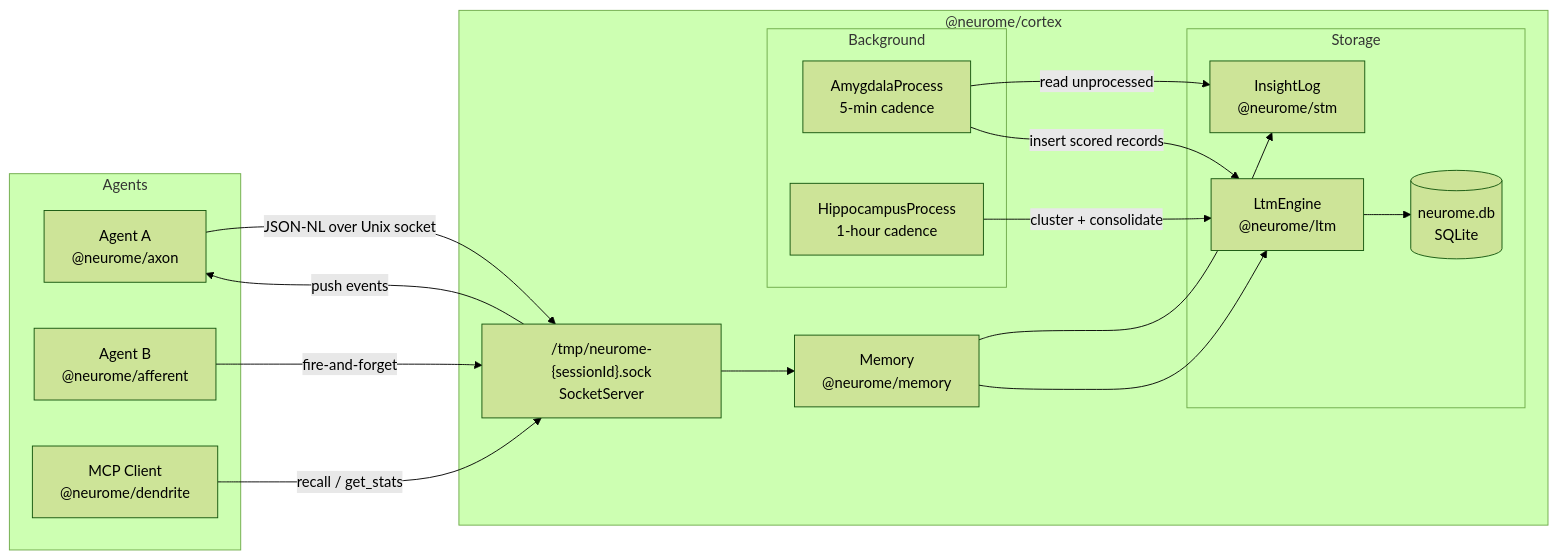
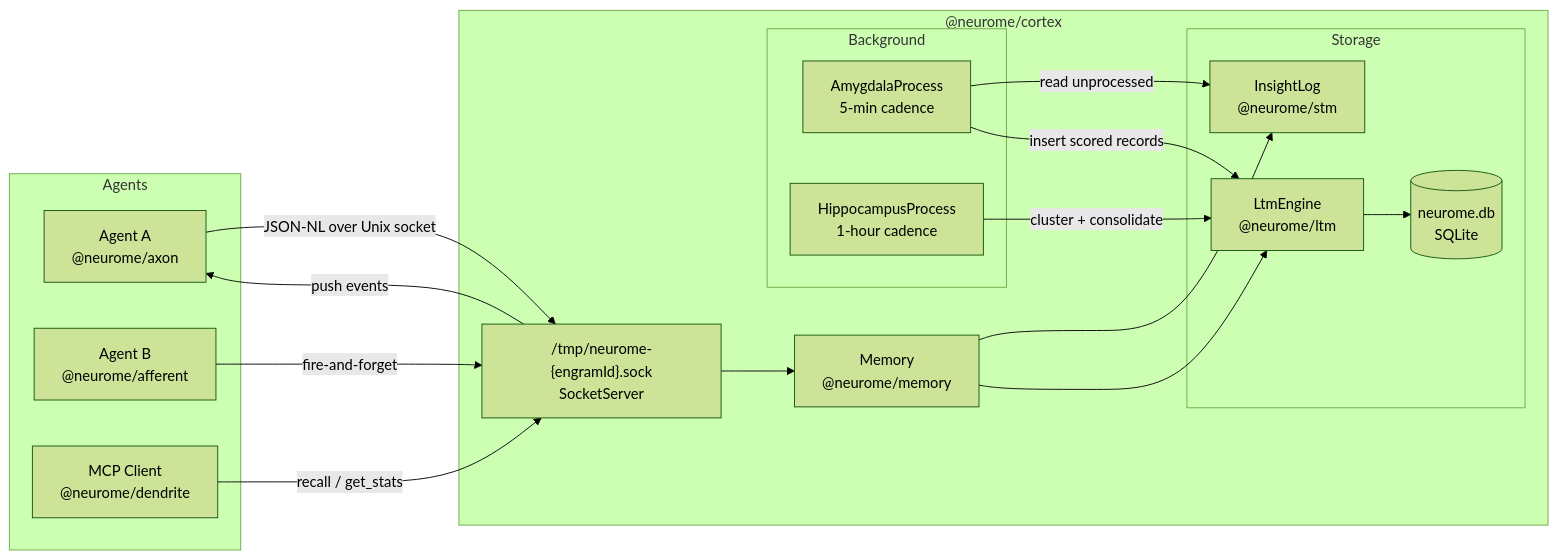
Before and after one commit to marcoskichel/memex: the second of 5 diagrams in docs/SPEC.md, drawn with Mermaid (forest theme). The commit also changed other lines of this file and 12 other files, not shown here.

Commit message:
docs: revert diagrams to ASCII art

````diff
--- a/docs/SPEC.md
+++ b/docs/SPEC.md
@@ -116,36 +116,36 @@
 ```mermaid
 graph LR
     subgraph Agents
         A1["Agent A\n@neurome/axon"]
         A2["Agent B\n@neurome/afferent"]
         A4["MCP Client\n@neurome/dendrite"]
     end
 
     subgraph Cortex ["@neurome/cortex"]
-        SOCK["/tmp/neurome-{sessionId}.sock\nSocketServer"]
+        SOCK["/tmp/neurome-{engramId}.sock\nSocketServer"]
         MEM["Memory\n@neurome/memory"]
 
         subgraph Background
             AMY["AmygdalaProcess\n5-min cadence"]
             HIP["HippocampusProcess\n1-hour cadence"]
         end
 
         subgraph Storage
             STM["InsightLog\n@neurome/stm"]
             LTM["LtmEngine\n@neurome/ltm"]
             DB[(neurome.db\nSQLite)]
         end
     end
 
     A1 -->|JSON-NL over Unix socket| SOCK
     A2 -->|fire-and-forget| SOCK
     A4 -->|recall / get_stats| SOCK
     SOCK --> MEM
     MEM --> STM
     MEM --> LTM
     AMY -->|read unprocessed| STM
     AMY -->|insert scored records| LTM
     HIP -->|cluster + consolidate| LTM
     LTM --> DB
     SOCK -->|push events| A1
 ```
````
